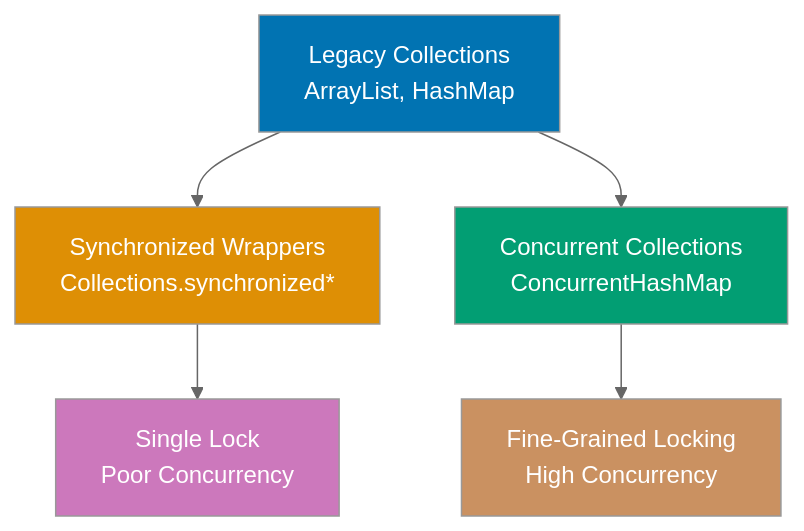
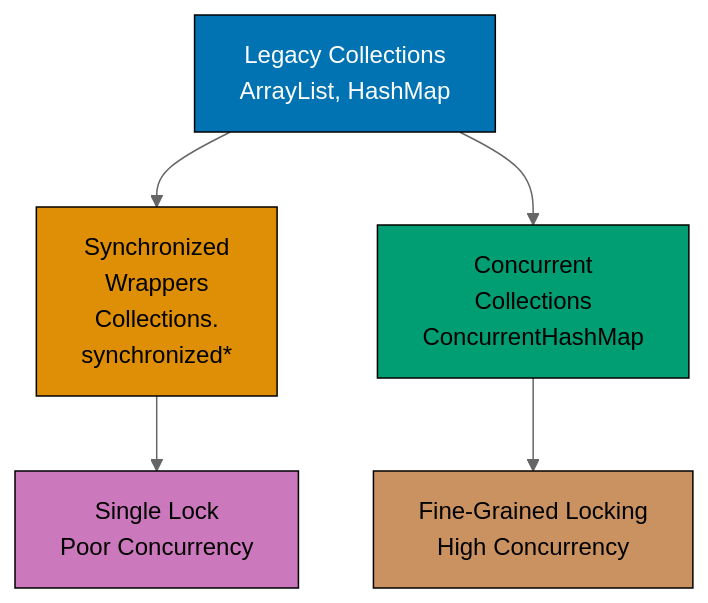
One commit to wahidyankf/ose-public changed the fifth of 11 diagrams in apps/ayokoding-www/content/en/learn/legacy/software-engineering/programming-languages/java/by-example/intermediate.md. Above: the diagram before and after it, drawn with Mermaid (neutral theme). The commit also changed other lines of this file and 112 other files, not shown here.

First line of the commit message:
fix(mermaid): bring the legacy programming-languages diagrams onto the accessible palette

````diff
--- a/apps/ayokoding-www/content/en/learn/legacy/software-engineering/programming-languages/java/by-example/intermediate.md
+++ b/apps/ayokoding-www/content/en/learn/legacy/software-engineering/programming-languages/java/by-example/intermediate.md
@@ -1118,14 +1148,22 @@
 ```mermaid
 %% Color Palette: Blue #0173B2, Orange #DE8F05, Teal #029E73, Purple #CC78BC, Brown #CA9161
 graph TD
-    Legacy["Legacy Collections<br/>ArrayList, HashMap"] --> Sync["Synchronized Wrappers<br/>Collections.synchronized*"]
-    Legacy --> Concurrent["Concurrent Collections<br/>ConcurrentHashMap"]
+    accTitle: Example 44: Concurrent Collections for Thread Safety
+    accDescr: Graph with 5 nodes and 4 connections. Nodes: Legacy Collections ArrayList, HashMap, Synchronized Wrappers Collections. synchronized*, Concurrent Collections ConcurrentHashMap, Single Lock Poor Concurrency, Fine-Grained Locking High Concurrency. Connections: Legacy Collections ArrayList, HashMap to Synchronized Wrappers Collections. synchronized*, Legacy Collections ArrayList, HashMap to Concurrent Collections ConcurrentHashMap, Synchronized Wrappers Collections. synchronized* to Single Lock Poor Concurrency, Concurrent Collections ConcurrentHashMap to Fine-Grained Locking High Concurrency.
+    Legacy["Legacy Collections<br/>ArrayList, HashMap"] --> Sync["Synchronized<br/>Wrappers<br/>Collections.<br/>synchronized*"]
+    Legacy --> Concurrent["Concurrent<br/>Collections<br/>ConcurrentHashMap"]
     Sync --> Problem["Single Lock<br/>Poor Concurrency"]
     Concurrent --> Solution["Fine-Grained Locking<br/>High Concurrency"]
 
-    style Legacy fill:#0173B2,color:#fff
-    style Sync fill:#DE8F05,color:#fff
-    style Concurrent fill:#029E73,color:#fff
-    style Problem fill:#CC78BC,color:#fff
-    style Solution fill:#CA9161,color:#fff
+    classDef pal-0173B2 fill:#0173B2,stroke:#000000,color:#FFFFFF
+    class Legacy pal-0173B2
+    classDef pal-DE8F05 fill:#DE8F05,stroke:#000000,color:#000000
+    class Sync pal-DE8F05
+    classDef pal-029E73 fill:#029E73,stroke:#000000,color:#000000
+    class Concurrent pal-029E73
+    classDef pal-CC78BC fill:#CC78BC,stroke:#000000,color:#000000
+    class Problem pal-CC78BC
+    classDef pal-CA9161 fill:#CA9161,stroke:#000000,color:#000000
+    class Solution pal-CA9161
+    classDef default fill:#FFFFFF,stroke:#000000,color:#000000
 ```
````
